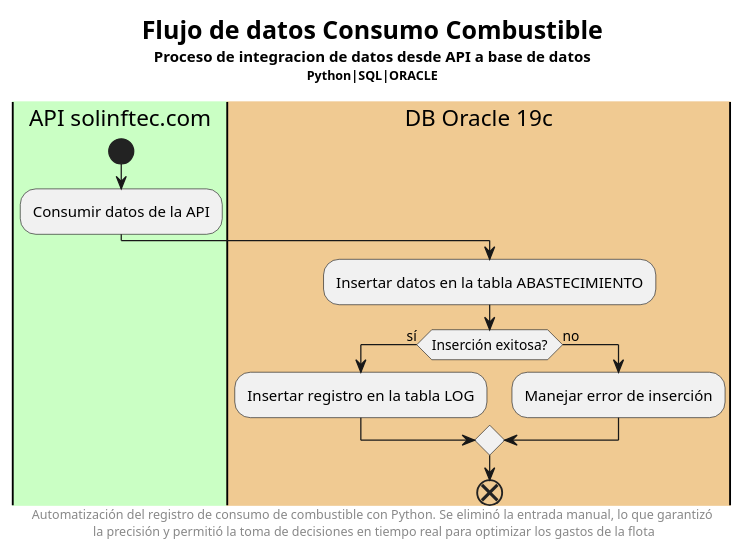
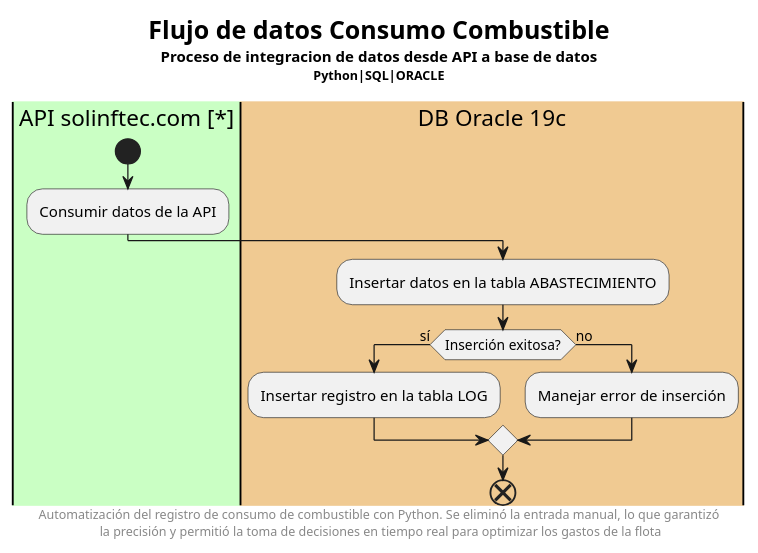
One commit to dianipineda/repositorio_diagramas_uml changed the diagram in integracion_consumo_combustible.plantuml. Above: the diagram before and after it, drawn with PlantUML. The commit also changed 1 other file, not shown here.

Commit message:
diagrama de integracion precipitacion en granjas

```diff
--- a/integracion_consumo_combustible.plantuml
+++ b/integracion_consumo_combustible.plantuml
@@ -1,19 +1,19 @@
 @startuml
 
 title <size:20>Flujo de datos Consumo Combustible\n<size:12>Proceso de integracion de datos desde API a base de datos\n<size:10>Python|SQL|ORACLE
 ' Footer con comentario sobre las mejoras
 footer Automatización del registro de consumo de combustible con Python. Se eliminó la entrada manual, lo que garantizó\n la precisión y permitió la toma de decisiones en tiempo real para optimizar los gastos de la flota
 
-|#CAFFC4|API solinftec.com|
+|#CAFFC4|API solinftec.com [*]|
 start
 :Consumir datos de la API;
 
 |#F0CA92|DB Oracle 19c|
 :Insertar datos en la tabla ABASTECIMIENTO;
 if (Inserción exitosa?) then (sí)
   :Insertar registro en la tabla LOG;
 else (no)
   :Manejar error de inserción;
 endif
 end
 @enduml
```
